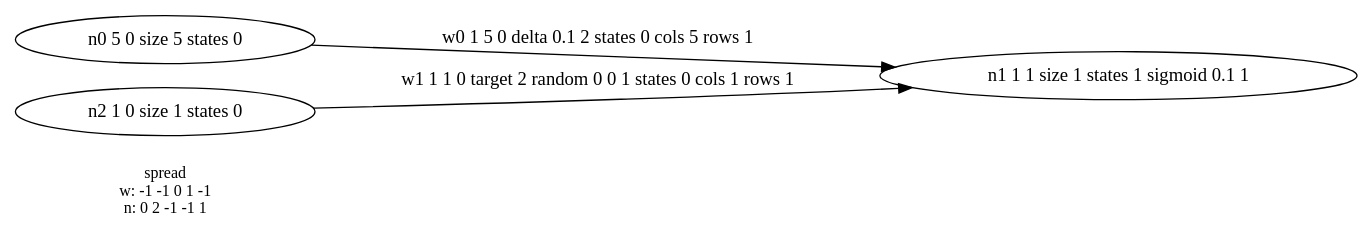
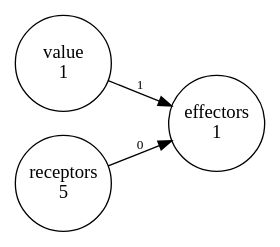
Before and after one commit to drghirlanda/mint: the diagram in example/deltarule/deltaruleArc.dot, drawn with Graphviz. The commit also changed 11 other files, not shown here.

First line of the commit message:
Main update: modified deltarule example so that it actually works. Quirk: the value-effectors weight matrix has to be listed before the receptors-effectors one for the value to be conveyed to the effectors before the weights are updated.

```diff
--- a/example/deltarule/deltaruleArc.dot
+++ b/example/deltarule/deltaruleArc.dot
@@ -1,14 +1,10 @@
 digraph network {
 rankdir=LR
-spread [label="\N \nw: -1 -1 0 1 -1 \nn: 0 2 -1 -1 1 ", fontsize=12, shape=none]
-n0 [label="\N 5 0 size 5 states 0 
-"]
-n1 [label="\N 1 1 size 1 states 1 sigmoid 0.1 1 
-"]
-n2 [label="\N 1 0 size 1 states 0 
-"]
-n0 -> n1 [label="w0 1 5 0 delta 0.1 2 states 0 cols 5 rows 1 
-"]
-n2 -> n1 [label="w1 1 1 0 target 2 random 0 0 1 states 0 cols 1 rows 1 
-"]
+node [fixedsize=true height=1 shape=circle]
+edge [fontsize=10]
+n0 [label="value\n1"]
+n1 [label="receptors\n5"]
+n2 [label="effectors\n1"]
+n0 -> n2 [label="1"]
+n1 -> n2 [label="0"]
 }
```
